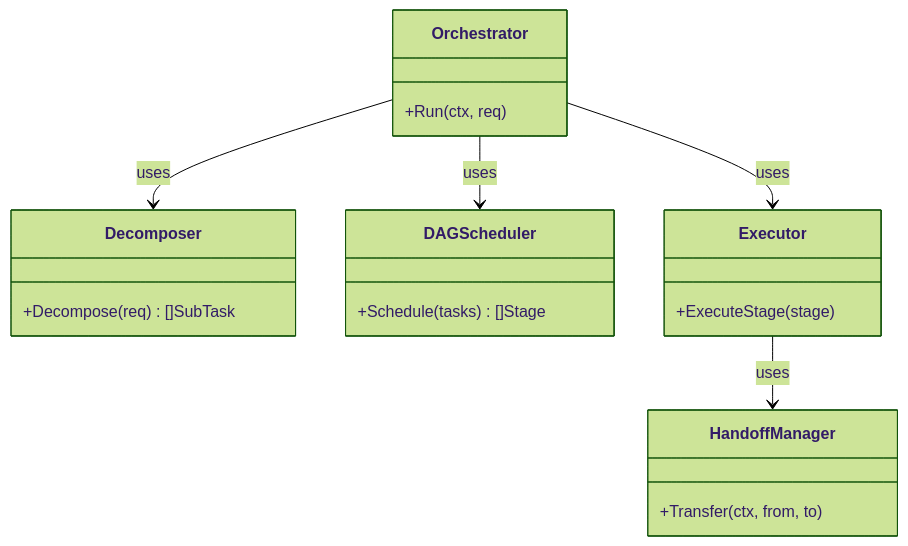
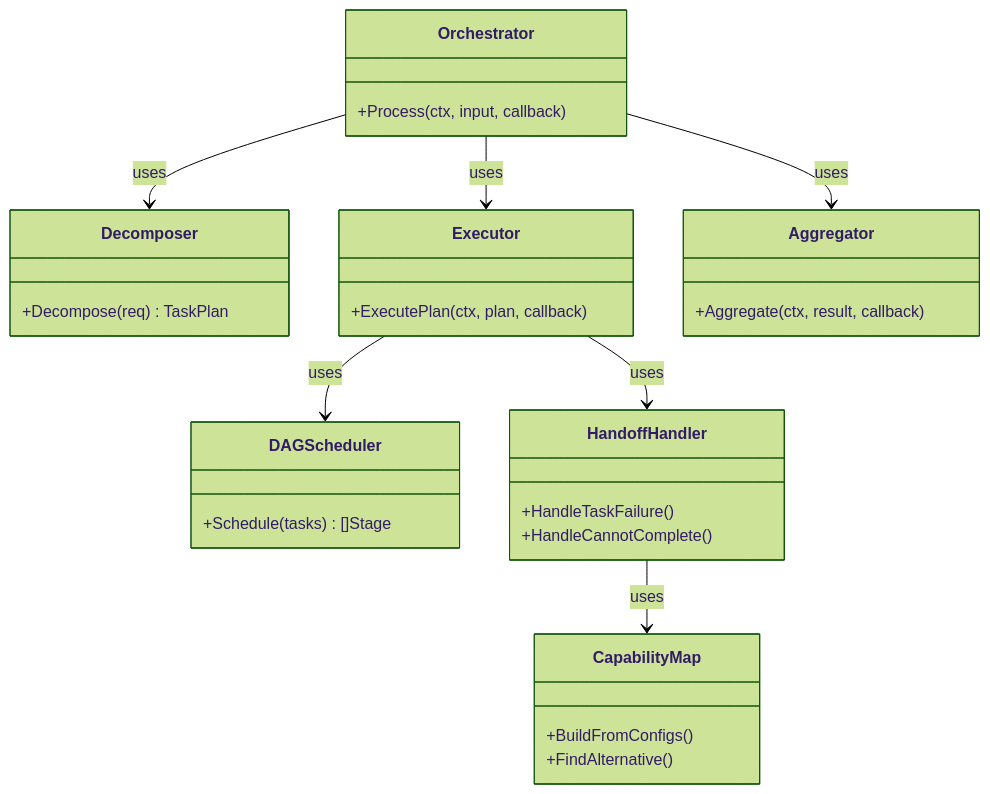
Before and after one commit to 88lin/divinesense: the first of 2 diagrams in ai/agents/orchestrator/README.md, drawn with Mermaid (forest theme). The commit also changed other lines of this file and 27 other files, not shown here.

````diff
--- a/ai/agents/orchestrator/README.md
+++ b/ai/agents/orchestrator/README.md
@@ -7,23 +7,33 @@
 ```mermaid
 classDiagram
     class Orchestrator {
-        +Run(ctx, req)
+        +Process(ctx, input, callback)
     }
     class Decomposer {
-        +Decompose(req) []SubTask
+        +Decompose(req) TaskPlan
+    }
+    class Executor {
+        +ExecutePlan(ctx, plan, callback)
+    }
+    class Aggregator {
+        +Aggregate(ctx, result, callback)
     }
     class DAGScheduler {
         +Schedule(tasks) []Stage
     }
-    class Executor {
-        +ExecuteStage(stage)
+    class HandoffHandler {
+        +HandleTaskFailure()
+        +HandleCannotComplete()
     }
-    class HandoffManager {
-        +Transfer(ctx, from, to)
+    class CapabilityMap {
+        +BuildFromConfigs()
+        +FindAlternative()
     }
-    
+
     Orchestrator --> Decomposer : uses
-    Orchestrator --> DAGScheduler : uses
     Orchestrator --> Executor : uses
-    Executor --> HandoffManager : uses
+    Orchestrator --> Aggregator : uses
+    Executor --> DAGScheduler : uses
+    Executor --> HandoffHandler : uses
+    HandoffHandler --> CapabilityMap : uses
 ```
````
